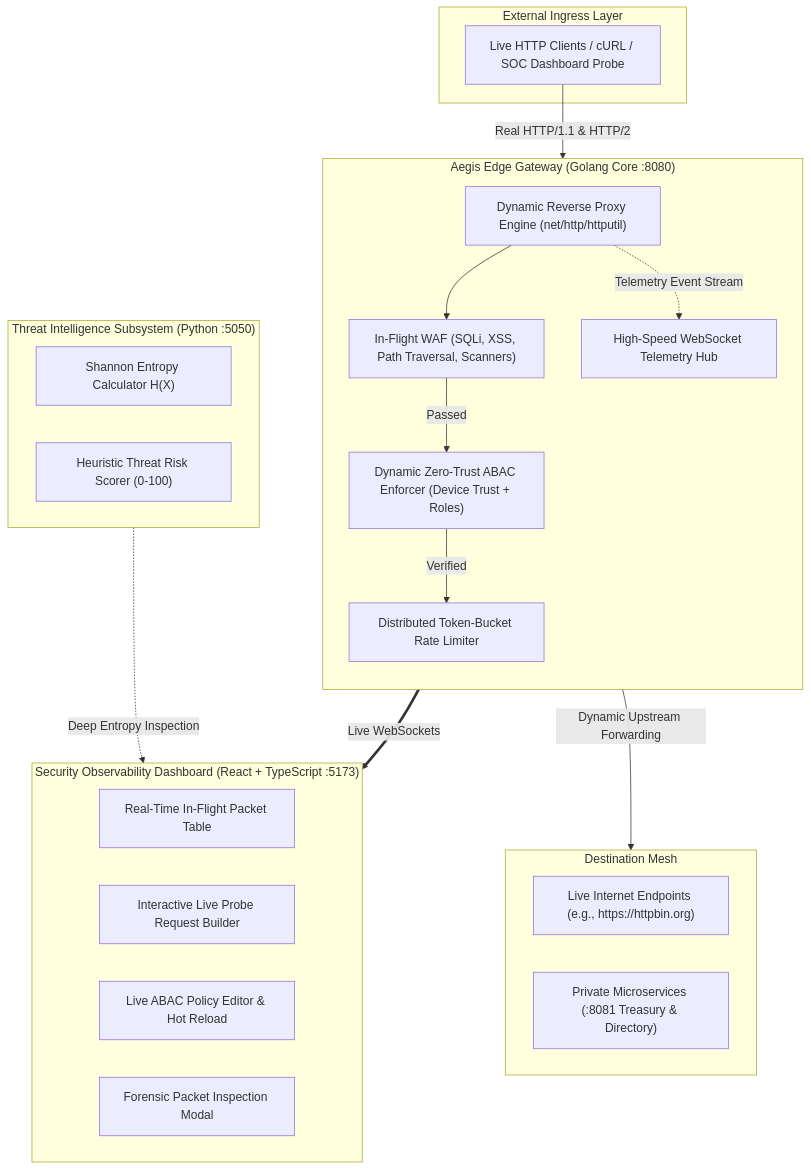
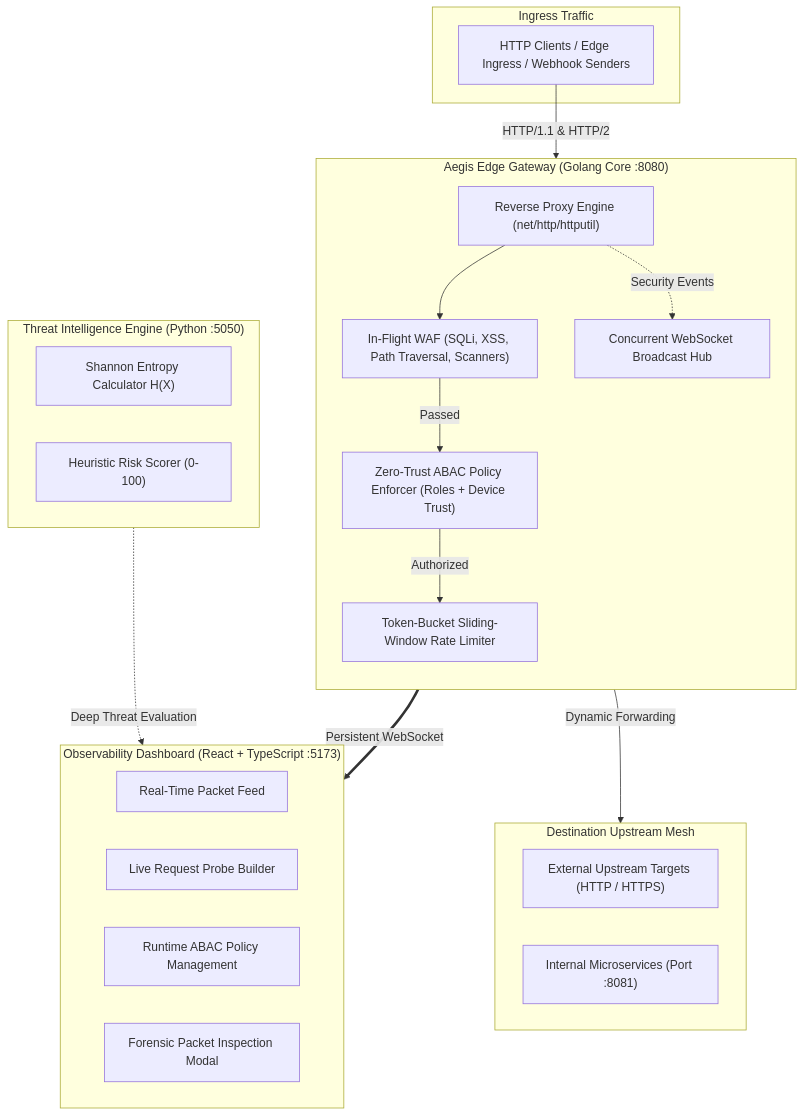
One commit to pranjal9091/ageis changed the diagram in README.md. Above: the diagram before and after it, drawn with Mermaid. The commit also changed other lines of this file and 1 other file, not shown here.

````diff
--- a/README.md
+++ b/README.md
@@ -15,42 +16,42 @@
 ```mermaid
 flowchart TD
-    subgraph INGRESS["External Ingress Layer"]
-        Client["Live HTTP Clients / cURL / SOC Dashboard Probe"]
+    subgraph INGRESS["Ingress Traffic"]
+        Client["HTTP Clients / Edge Ingress / Webhook Senders"]
     end
 
     subgraph AEGIS_CORE["Aegis Edge Gateway (Golang Core :8080)"]
         direction TB
-        ProxyEngine["Dynamic Reverse Proxy Engine (net/http/httputil)"]
+        ProxyEngine["Reverse Proxy Engine (net/http/httputil)"]
         WAF["In-Flight WAF (SQLi, XSS, Path Traversal, Scanners)"]
-        RateLimiter["Distributed Token-Bucket Rate Limiter"]
-        PolicyEngine["Dynamic Zero-Trust ABAC Enforcer (Device Trust + Roles)"]
-        TelemetryHub["High-Speed WebSocket Telemetry Hub"]
+        RateLimiter["Token-Bucket Sliding-Window Rate Limiter"]
+        PolicyEngine["Zero-Trust ABAC Policy Enforcer (Roles + Device Trust)"]
+        TelemetryHub["Concurrent WebSocket Broadcast Hub"]
     end
 
-    subgraph INTEL["Threat Intelligence Subsystem (Python :5050)"]
+    subgraph INTEL["Threat Intelligence Engine (Python :5050)"]
         Entropy["Shannon Entropy Calculator H(X)"]
-        Scorer["Heuristic Threat Risk Scorer (0-100)"]
+        Scorer["Heuristic Risk Scorer (0-100)"]
     end
 
-    subgraph UPSTREAM["Destination Mesh"]
-        LiveInternet["Live Internet Endpoints (e.g., https://httpbin.org)"]
-        InternalVPC["Private Microservices (:8081 Treasury & Directory)"]
+    subgraph DESTINATIONS["Destination Upstream Mesh"]
+        LiveTarget["External Upstream Targets (HTTP / HTTPS)"]
+        VPC["Internal Microservices (Port :8081)"]
     end
 
-    subgraph DASHBOARD["Security Observability Dashboard (React + TypeScript :5173)"]
-        Stream["Real-Time In-Flight Packet Table"]
-        Sandbox["Interactive Live Probe Request Builder"]
-        PolicyUI["Live ABAC Policy Editor & Hot Reload"]
+    subgraph SOC["Observability Dashboard (React + TypeScript :5173)"]
+        Stream["Real-Time Packet Feed"]
+        Sandbox["Live Request Probe Builder"]
+        PolicyUI["Runtime ABAC Policy Management"]
         Forensics["Forensic Packet Inspection Modal"]
     end
 
-    Client -->|Real HTTP/1.1 & HTTP/2| ProxyEngine
+    Client -->|HTTP/1.1 & HTTP/2| ProxyEngine
     ProxyEngine --> WAF
     WAF -->|Passed| PolicyEngine
-    PolicyEngine -->|Verified| RateLimiter
-    RateLimiter -->|Dynamic Upstream Forwarding| UPSTREAM
+    PolicyEngine -->|Authorized| RateLimiter
+    RateLimiter -->|Dynamic Forwarding| DESTINATIONS
     
-    ProxyEngine -.->|Telemetry Event Stream| TelemetryHub
-    TelemetryHub ==>|Live WebSockets| DASHBOARD
-    INTEL -.->|Deep Entropy Inspection| DASHBOARD
+    ProxyEngine -.->|Security Events| TelemetryHub
+    TelemetryHub ==>|Persistent WebSocket| SOC
+    INTEL -.->|Deep Threat Evaluation| SOC
 ```
````
